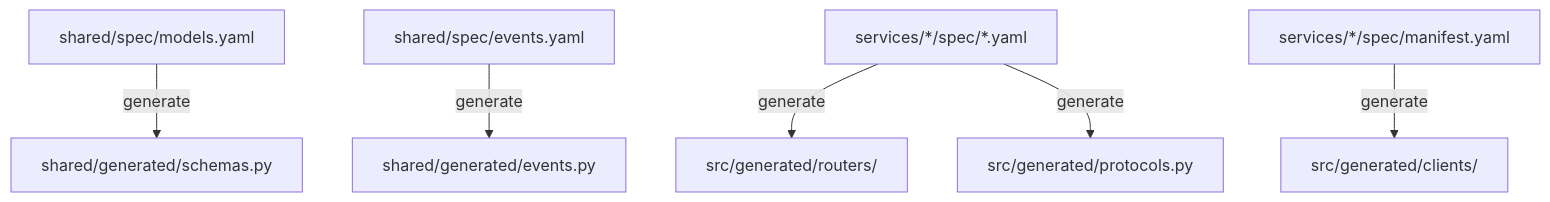
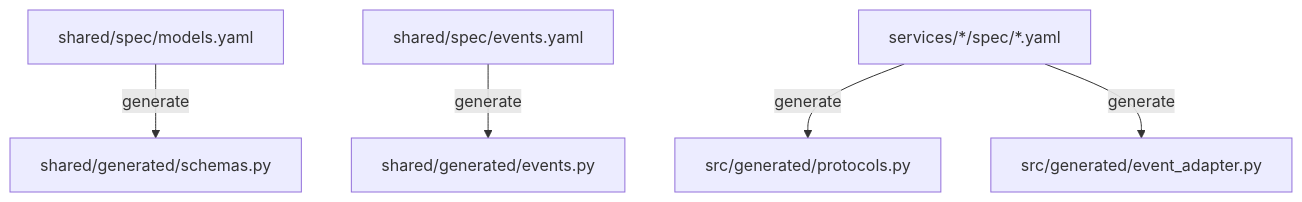
Before and after one commit to vladmesh/service-template: the diagram in docs/ARCHITECTURE.md, drawn with Mermaid. The commit also changed other lines of this file and 12 other files, not shown here.

````diff
--- a/docs/ARCHITECTURE.md
+++ b/docs/ARCHITECTURE.md
@@ -9,8 +9,7 @@
 ```mermaid
 graph TD
     Models[shared/spec/models.yaml] -->|generate| Schemas[shared/generated/schemas.py]
     Events[shared/spec/events.yaml] -->|generate| EventsPy[shared/generated/events.py]
-    Domain[services/*/spec/*.yaml] -->|generate| Routers[src/generated/routers/]
-    Domain -->|generate| Protocols[src/generated/protocols.py]
-    Manifest[services/*/spec/manifest.yaml] -->|generate| Clients[src/generated/clients/]
+    Domain[services/*/spec/*.yaml] -->|generate| Protocols[src/generated/protocols.py]
+    Domain -->|generate| EventAdapters[src/generated/event_adapter.py]
 ```
````
